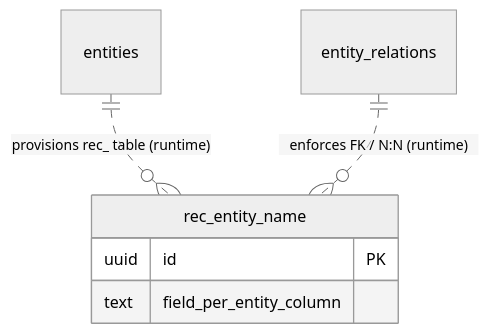
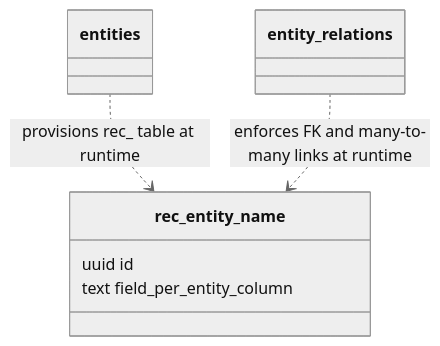
One commit to blitzy-public-samples/blitzy-WebVella-ERP changed the second of 2 diagrams in docs/reverse-engineering/database-schema.md. Above: the diagram before and after it, drawn with Mermaid (neutral theme). The commit also changed other lines of this file and 1 other file, not shown here.

````diff
--- a/docs/reverse-engineering/database-schema.md
+++ b/docs/reverse-engineering/database-schema.md
@@ -689,9 +689,11 @@
 ```mermaid
-erDiagram
-    entities ||..o{ rec_entity_name : "provisions rec_ table (runtime)"
-    entity_relations ||..o{ rec_entity_name : "enforces FK / N:N (runtime)"
-    rec_entity_name {
-        uuid id PK
+classDiagram
+    class entities
+    class entity_relations
+    class rec_entity_name {
+        uuid id
         text field_per_entity_column
     }
+    entities ..> rec_entity_name : provisions rec_ table at runtime
+    entity_relations ..> rec_entity_name : enforces FK and many-to-many links at runtime
 ```
````
